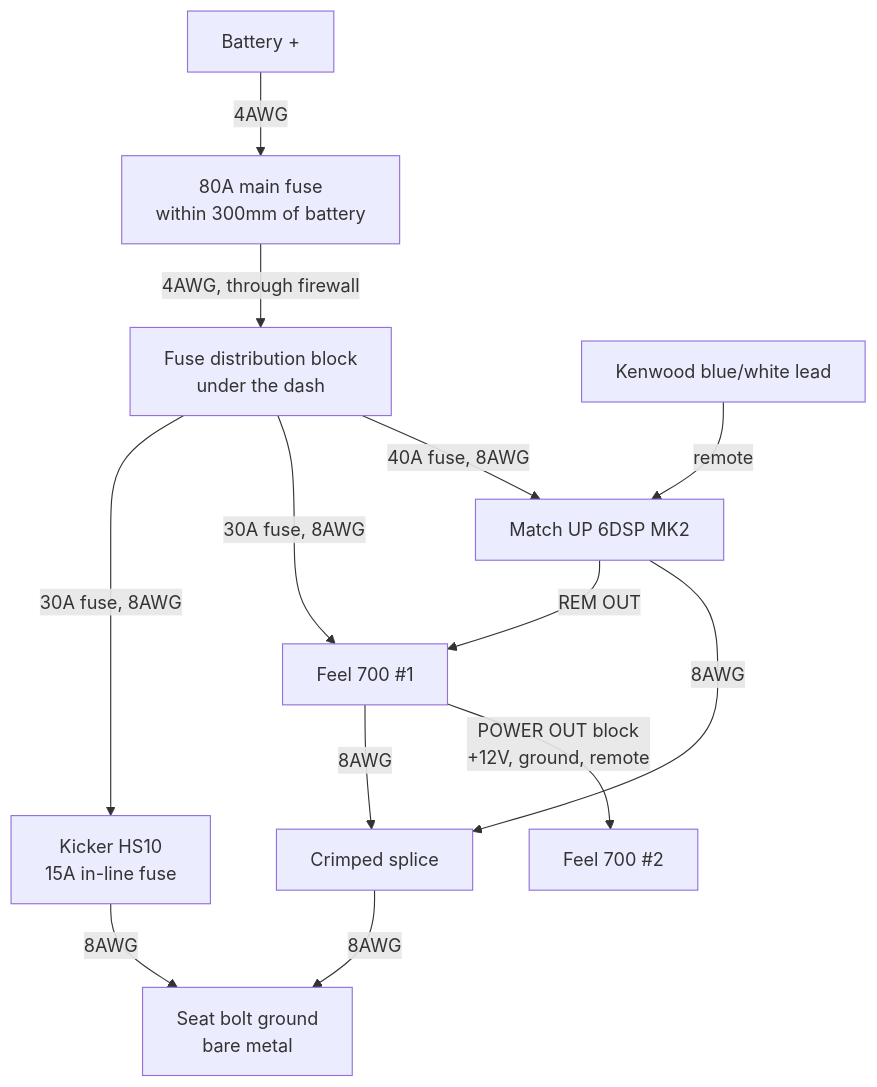
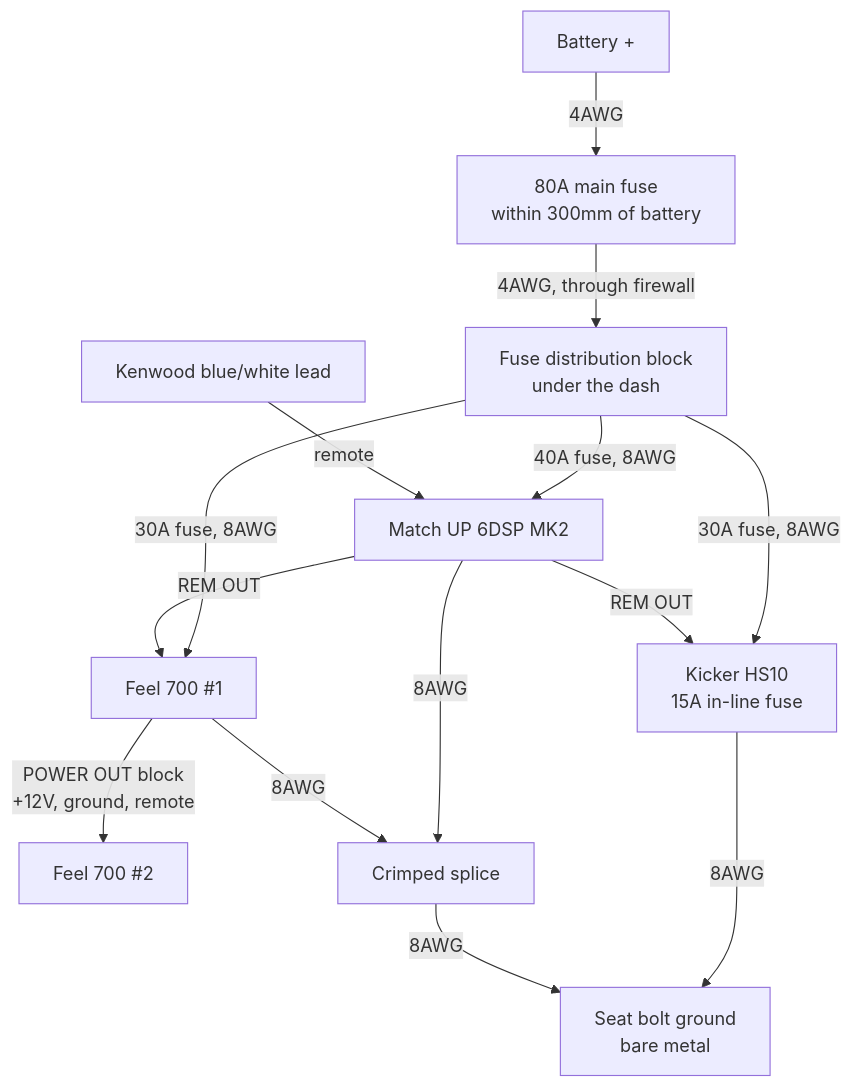
Before and after one commit to badsyntax/jimny-sound: the second of 4 diagrams in docs/index.md, drawn with Mermaid. The commit also changed other lines of this file and 2 other files, not shown here.

First line of the commit message:
Add the HS10 to every wiring and signal diagram

````diff
--- a/docs/index.md
+++ b/docs/index.md
@@ -187,15 +188,16 @@
 ```mermaid
 flowchart TD
     BAT["Battery +"] -->|"4AWG"| FUSE["80A main fuse<br/>within 300mm of battery"]
     FUSE -->|"4AWG, through firewall"| BLOCK["Fuse distribution block<br/>under the dash"]
     BLOCK -->|"40A fuse, 8AWG"| AMP["Match UP 6DSP MK2"]
     BLOCK -->|"30A fuse, 8AWG"| S1["Feel 700 #1"]
     S1 -->|"POWER OUT block<br/>+12V, ground, remote"| S2["Feel 700 #2"]
     BLOCK -->|"30A fuse, 8AWG"| HS["Kicker HS10<br/>15A in-line fuse"]
     HS -->|"8AWG"| GND
     AMP -->|"8AWG"| SPLICE["Crimped splice"]
     S1 -->|"8AWG"| SPLICE
     SPLICE -->|"8AWG"| GND["Seat bolt ground<br/>bare metal"]
     HU["Kenwood blue/white lead"] -->|"remote"| AMP
     AMP -->|"REM OUT"| S1
+    AMP -->|"REM OUT"| HS
 ```
````
